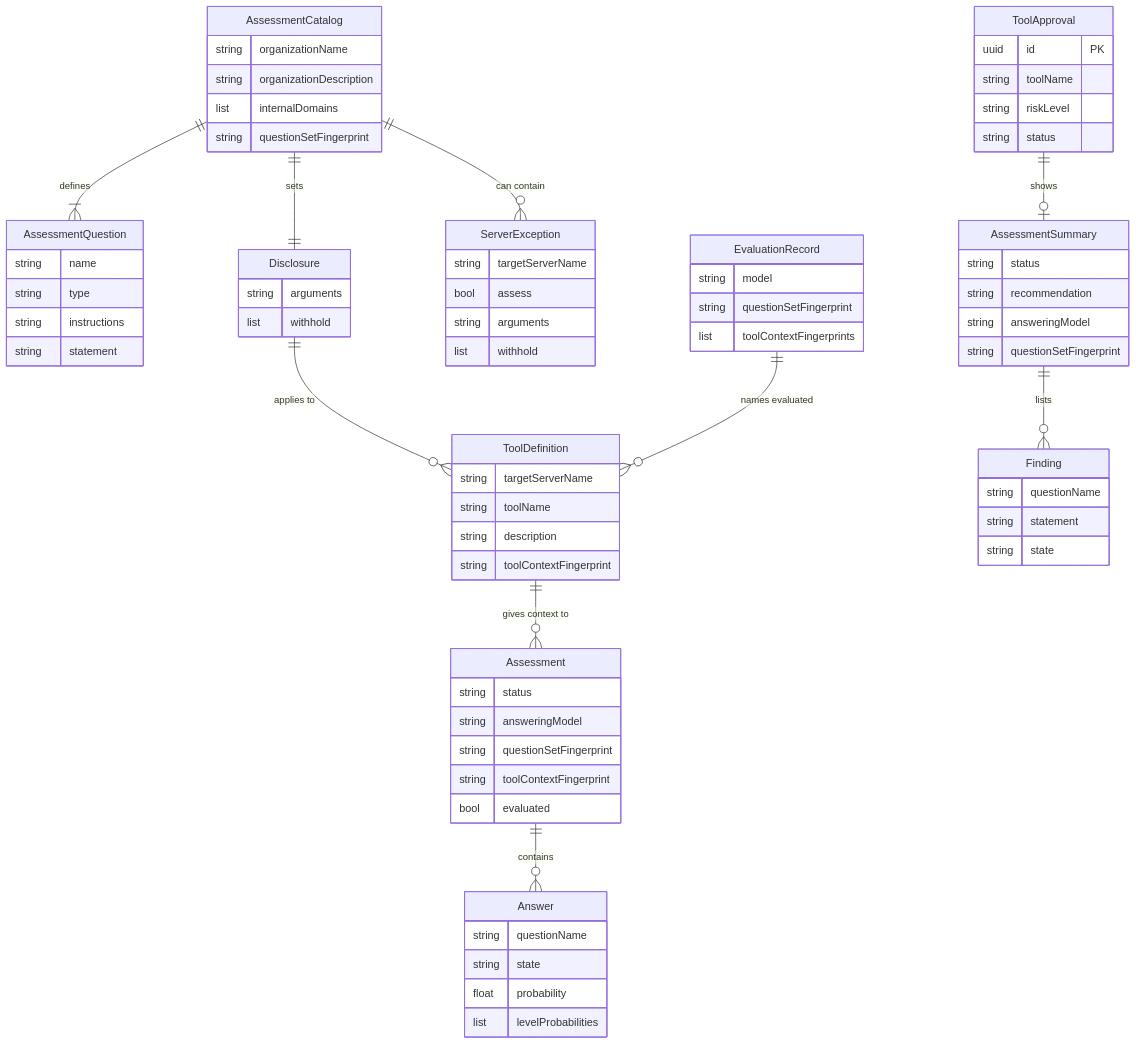
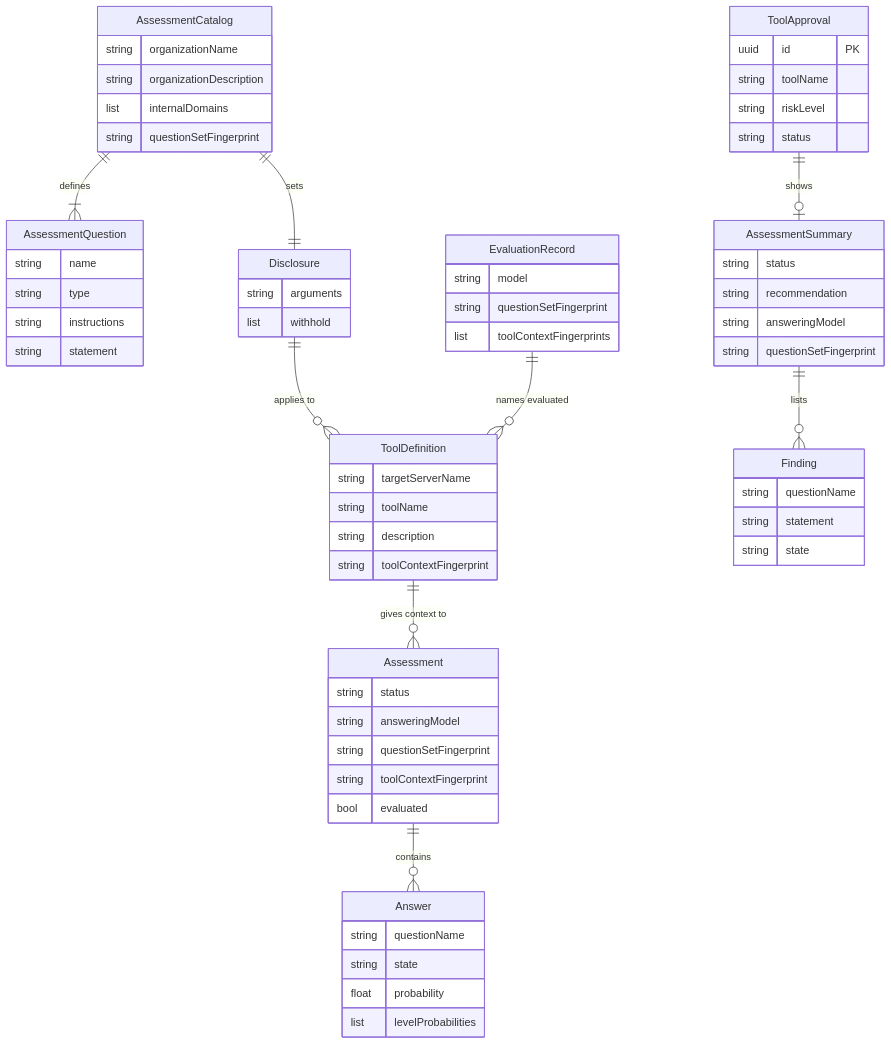
One commit to zalando-incubator/agentic-identity-broker changed the first of 2 diagrams in specs/20261123-194542-decision-model-tool-approvals/spec.md. Above: the diagram before and after it, drawn with Mermaid. The commit also changed other lines of this file and 8 other files, not shown here.

First line of the commit message:
docs(spec): remove per-server settings from the assessment catalog

````diff
--- a/specs/20261123-194542-decision-model-tool-approvals/spec.md
+++ b/specs/20261123-194542-decision-model-tool-approvals/spec.md
@@ -1238,75 +1238,68 @@
 ```mermaid
 erDiagram
     AssessmentCatalog {
         string organizationName
         string organizationDescription
         list internalDomains
         string questionSetFingerprint
     }
     AssessmentQuestion {
         string name
         string type
         string instructions
         string statement
     }
     Disclosure {
-        string arguments
-        list withhold
-    }
-    ServerException {
-        string targetServerName
-        bool assess
         string arguments
         list withhold
     }
     ToolDefinition {
         string targetServerName
         string toolName
         string description
         string toolContextFingerprint
     }
     Assessment {
         string status
         string answeringModel
         string questionSetFingerprint
         string toolContextFingerprint
         bool evaluated
     }
     Answer {
         string questionName
         string state
         float probability
         list levelProbabilities
     }
     EvaluationRecord {
         string model
         string questionSetFingerprint
         list toolContextFingerprints
     }
     ToolApproval {
         uuid id PK
         string toolName
         string riskLevel
         string status
     }
     AssessmentSummary {
         string status
         string recommendation
         string answeringModel
         string questionSetFingerprint
     }
     Finding {
         string questionName
         string statement
         string state
     }
     AssessmentCatalog ||--|{ AssessmentQuestion : "defines"
     AssessmentCatalog ||--|| Disclosure : "sets"
-    AssessmentCatalog ||--o{ ServerException : "can contain"
     Disclosure ||--o{ ToolDefinition : "applies to"
     ToolDefinition ||--o{ Assessment : "gives context to"
     Assessment ||--o{ Answer : "contains"
     EvaluationRecord ||--o{ ToolDefinition : "names evaluated"
     ToolApproval ||--o| AssessmentSummary : "shows"
     AssessmentSummary ||--o{ Finding : "lists"
 ```
````
